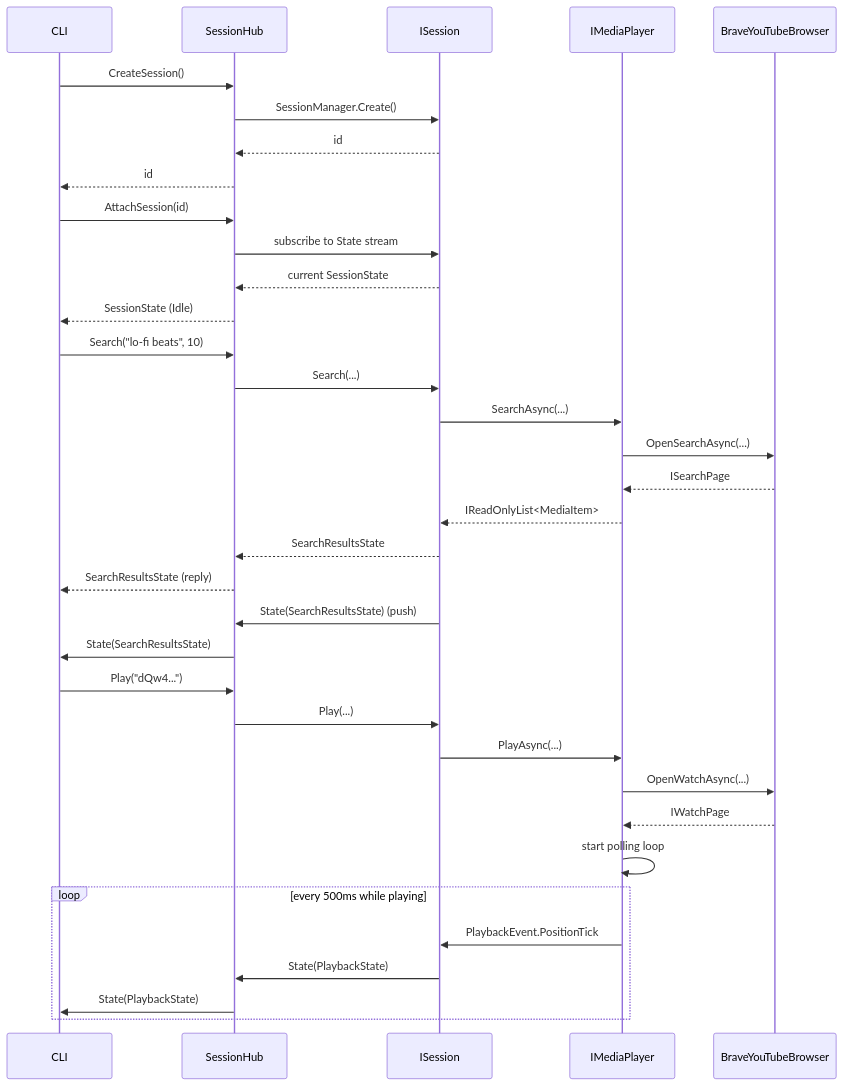
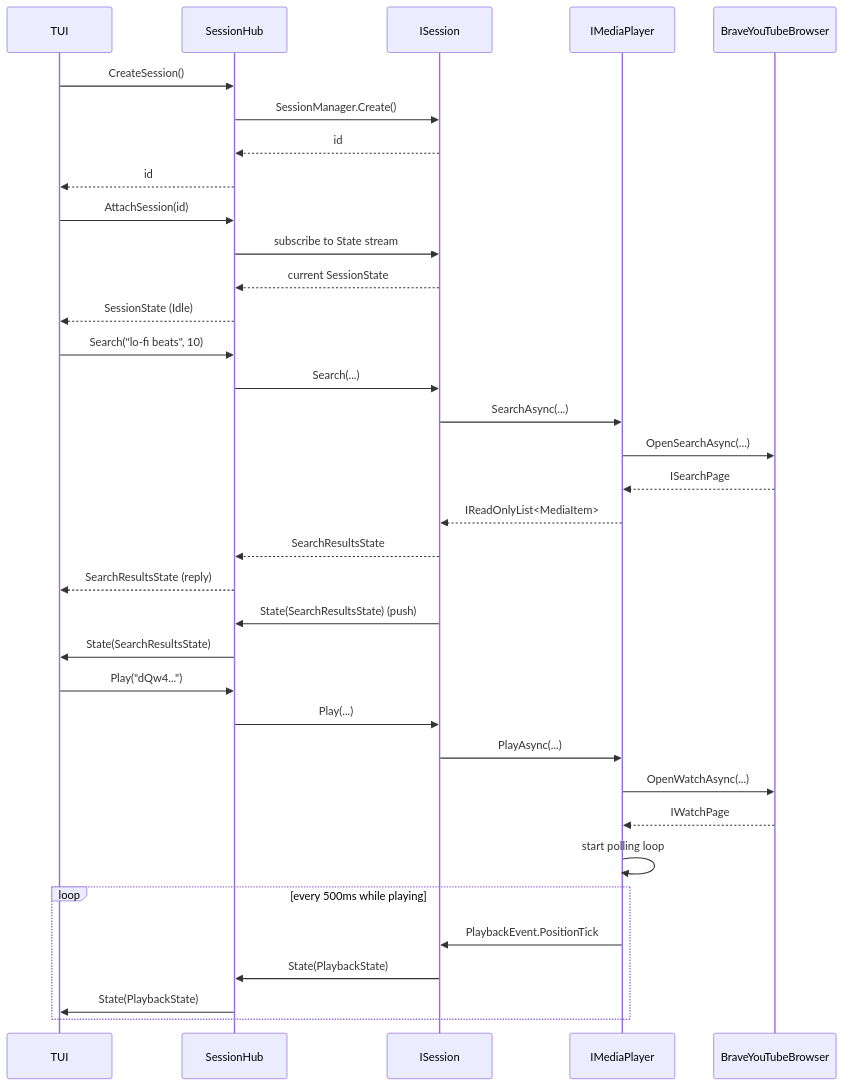
Before and after one commit to Yeti47/BluKube: the fourth of 7 diagrams in doc/server-design.md, drawn with Mermaid. The commit also changed 33 other files, not shown here.

Commit message:
refactor: overhaul server architecture

````diff
--- a/doc/server-design.md
+++ b/doc/server-design.md
@@ -253,41 +253,41 @@
 ```mermaid
 sequenceDiagram
-    participant CLI
+    participant TUI
     participant Hub as SessionHub
     participant Sess as ISession
     participant Player as IMediaPlayer
     participant Brave as BraveYouTubeBrowser
 
-    CLI->>Hub: CreateSession()
+    TUI->>Hub: CreateSession()
     Hub->>Sess: SessionManager.Create()
     Sess-->>Hub: id
-    Hub-->>CLI: id
+    Hub-->>TUI: id
 
-    CLI->>Hub: AttachSession(id)
+    TUI->>Hub: AttachSession(id)
     Hub->>Sess: subscribe to State stream
     Sess-->>Hub: current SessionState
-    Hub-->>CLI: SessionState (Idle)
+    Hub-->>TUI: SessionState (Idle)
 
-    CLI->>Hub: Search("lo-fi beats", 10)
+    TUI->>Hub: Search("lo-fi beats", 10)
     Hub->>Sess: Search(...)
     Sess->>Player: SearchAsync(...)
     Player->>Brave: OpenSearchAsync(...)
     Brave-->>Player: ISearchPage
     Player-->>Sess: IReadOnlyList<MediaItem>
     Sess-->>Hub: SearchResultsState
-    Hub-->>CLI: SearchResultsState (reply)
+    Hub-->>TUI: SearchResultsState (reply)
     Sess->>Hub: State(SearchResultsState) (push)
-    Hub->>CLI: State(SearchResultsState)
+    Hub->>TUI: State(SearchResultsState)
 
-    CLI->>Hub: Play("dQw4...")
+    TUI->>Hub: Play("dQw4...")
     Hub->>Sess: Play(...)
     Sess->>Player: PlayAsync(...)
     Player->>Brave: OpenWatchAsync(...)
     Brave-->>Player: IWatchPage
     Player->>Player: start polling loop
     loop every 500ms while playing
         Player->>Sess: PlaybackEvent.PositionTick
         Sess->>Hub: State(PlaybackState)
-        Hub->>CLI: State(PlaybackState)
+        Hub->>TUI: State(PlaybackState)
     end
 ```
````
